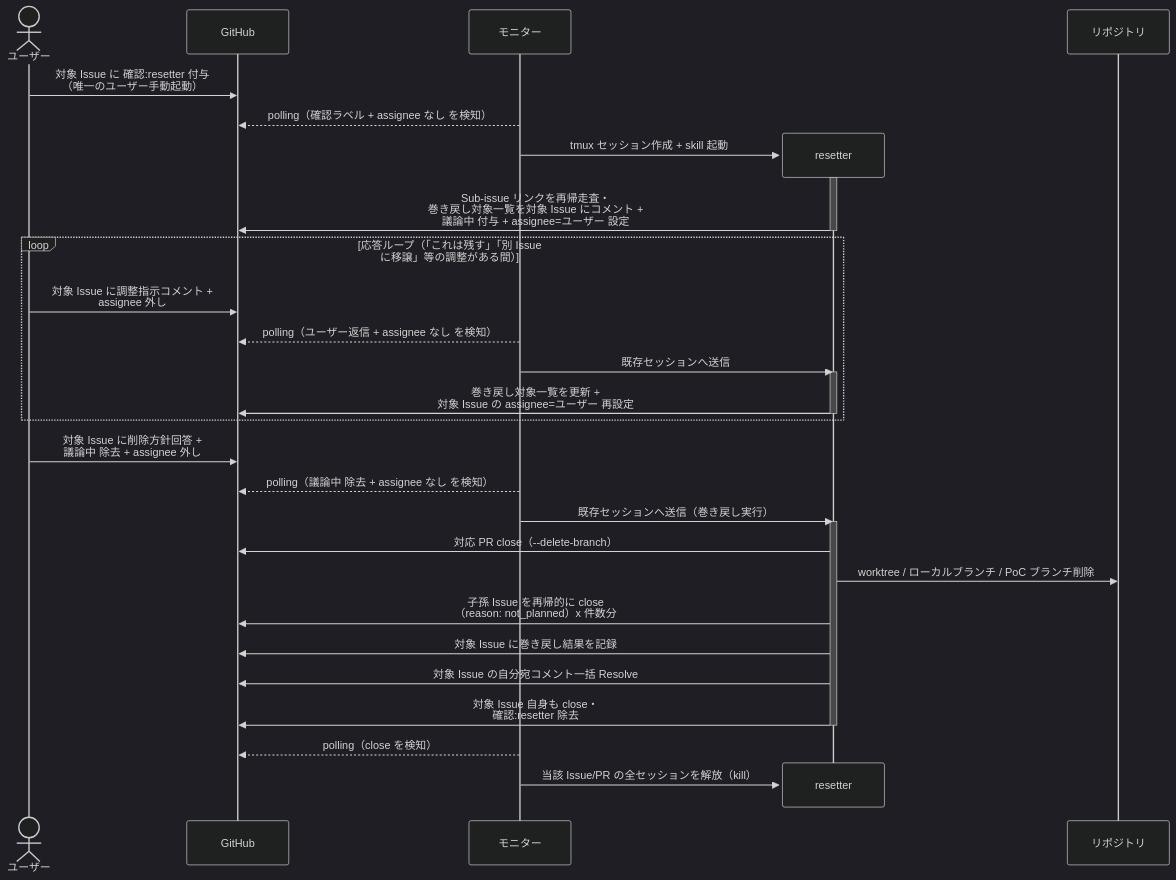
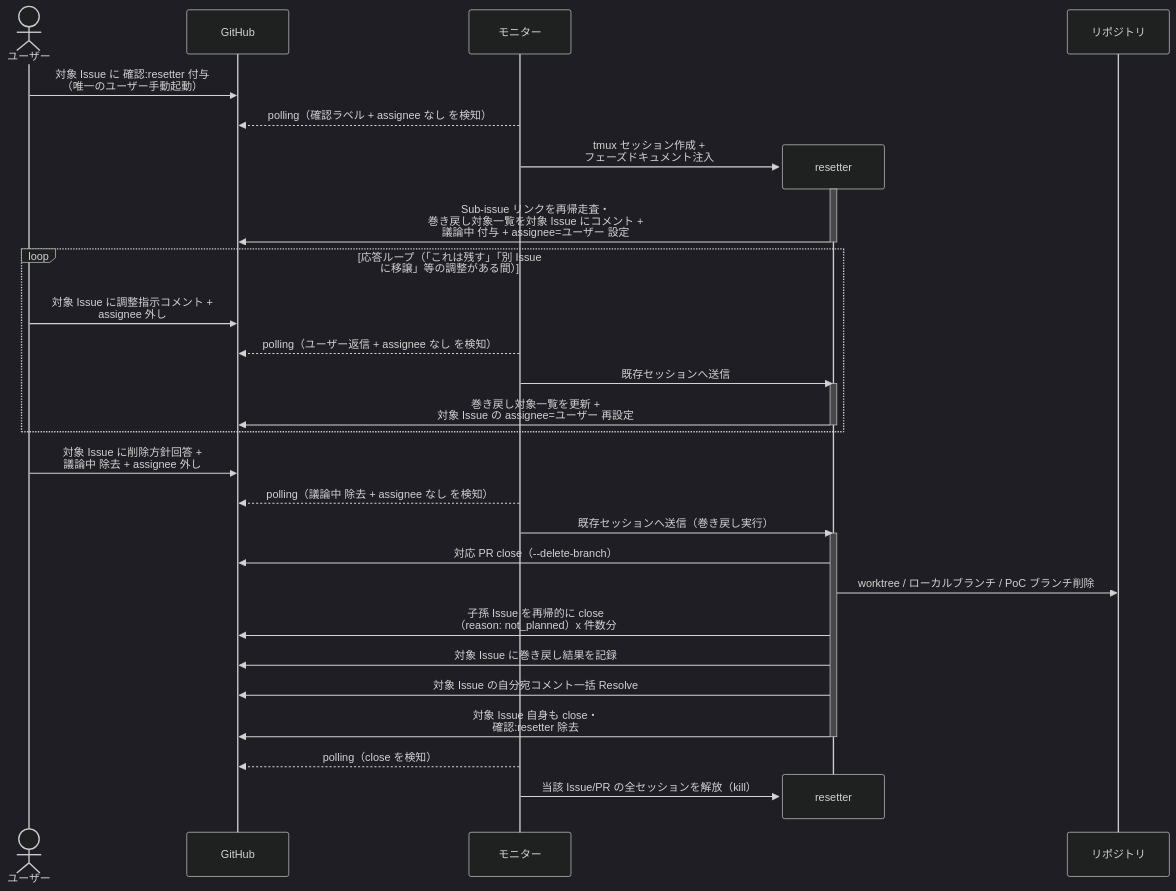
The diagram in docs/wiki/設計図/シナリオ/単一ユースケース/リセット実行.md (shuhei1101/ai-monitor), drawn with Mermaid (dark theme) before and after one commit. The commit also changed other lines of this file and 162 other files, not shown here.

````diff
--- a/docs/wiki/設計図/シナリオ/単一ユースケース/リセット実行.md
+++ b/docs/wiki/設計図/シナリオ/単一ユースケース/リセット実行.md
@@ -27,39 +27,39 @@
 ```mermaid
 sequenceDiagram
   actor U as ユーザー
   participant GH as GitHub
   participant ORC as モニター
 
   U->>GH: 対象 Issue に 確認:resetter 付与<br>（唯一のユーザー手動起動）
   ORC-->>GH: polling（確認ラベル + assignee なし を検知）
   create participant MON as resetter
-  ORC->>MON: tmux セッション作成 + skill 起動
+  ORC->>MON: tmux セッション作成 +<br>フェーズドキュメント注入
   participant REPO as リポジトリ
   activate MON
   MON->>GH: Sub-issue リンクを再帰走査・<br>巻き戻し対象一覧を対象 Issue にコメント +<br>議論中 付与 + assignee=ユーザー 設定
   deactivate MON
 
   loop 応答ループ（「これは残す」「別 Issue<br>に移譲」等の調整がある間）
     U->>GH: 対象 Issue に調整指示コメント +<br>assignee 外し
     ORC-->>GH: polling（ユーザー返信 + assignee なし を検知）
     ORC->>MON: 既存セッションへ送信
     activate MON
     MON->>GH: 巻き戻し対象一覧を更新 +<br>対象 Issue の assignee=ユーザー 再設定
     deactivate MON
   end
 
   U->>GH: 対象 Issue に削除方針回答 +<br>議論中 除去 + assignee 外し
   ORC-->>GH: polling（議論中 除去 + assignee なし を検知）
   ORC->>MON: 既存セッションへ送信（巻き戻し実行）
   activate MON
   MON->>GH: 対応 PR close（--delete-branch）
   MON->>REPO: worktree / ローカルブランチ / PoC ブランチ削除
   MON->>GH: 子孫 Issue を再帰的に close<br>（reason: not_planned）x 件数分
   MON->>GH: 対象 Issue に巻き戻し結果を記録
   MON->>GH: 対象 Issue の自分宛コメント一括 Resolve
   MON->>GH: 対象 Issue 自身も close・<br>確認:resetter 除去
   deactivate MON
   ORC-->>GH: polling（close を検知）
   destroy MON
   ORC->>MON: 当該 Issue/PR の全セッションを解放（kill）
 ```
````
